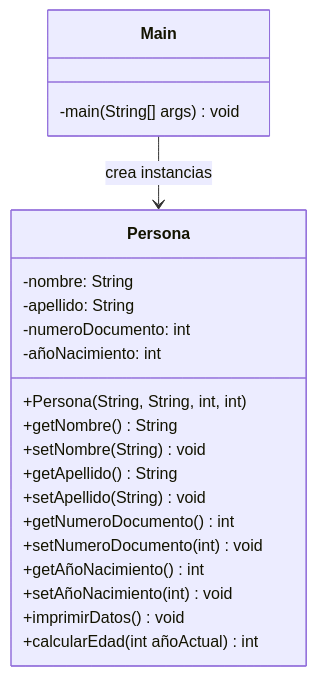
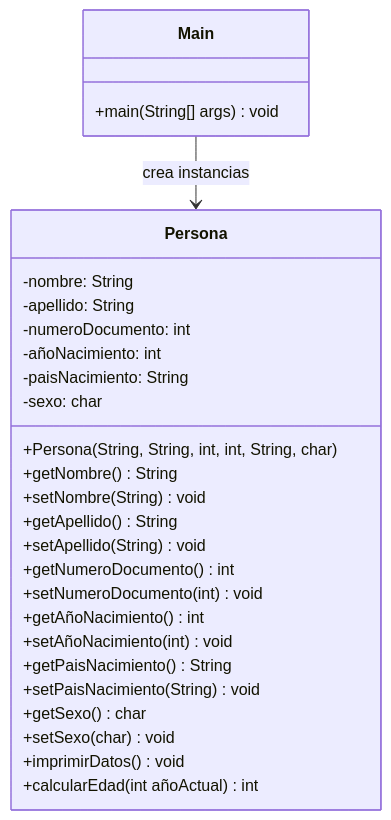
Before and after one commit to Miguel-alvear19/ejercicio1: the diagram in README.md, drawn with Mermaid. The commit also changed other lines of this file, not shown here.

Commit message:
Se actualiza el readme con todo lo nuevo

````diff
--- a/README.md
+++ b/README.md
@@ -5,26 +5,32 @@
 ```mermaid
 classDiagram
     class Main {
-        -main(String[] args) void
+        +main(String[] args) void
     }
 
     class Persona {
         -nombre: String
         -apellido: String
         -numeroDocumento: int
         -añoNacimiento: int
-        +Persona(String, String, int, int)
+        -paisNacimiento: String
+        -sexo: char
+        +Persona(String, String, int, int, String, char)
         +getNombre() String
         +setNombre(String) void
         +getApellido() String
         +setApellido(String) void
         +getNumeroDocumento() int
         +setNumeroDocumento(int) void
         +getAñoNacimiento() int
         +setAñoNacimiento(int) void
+        +getPaisNacimiento() String
+        +setPaisNacimiento(String) void
+        +getSexo() char
+        +setSexo(char) void
         +imprimirDatos() void
         +calcularEdad(int añoActual) int
     }
 
     Main --> Persona: crea instancias
 ```
````
